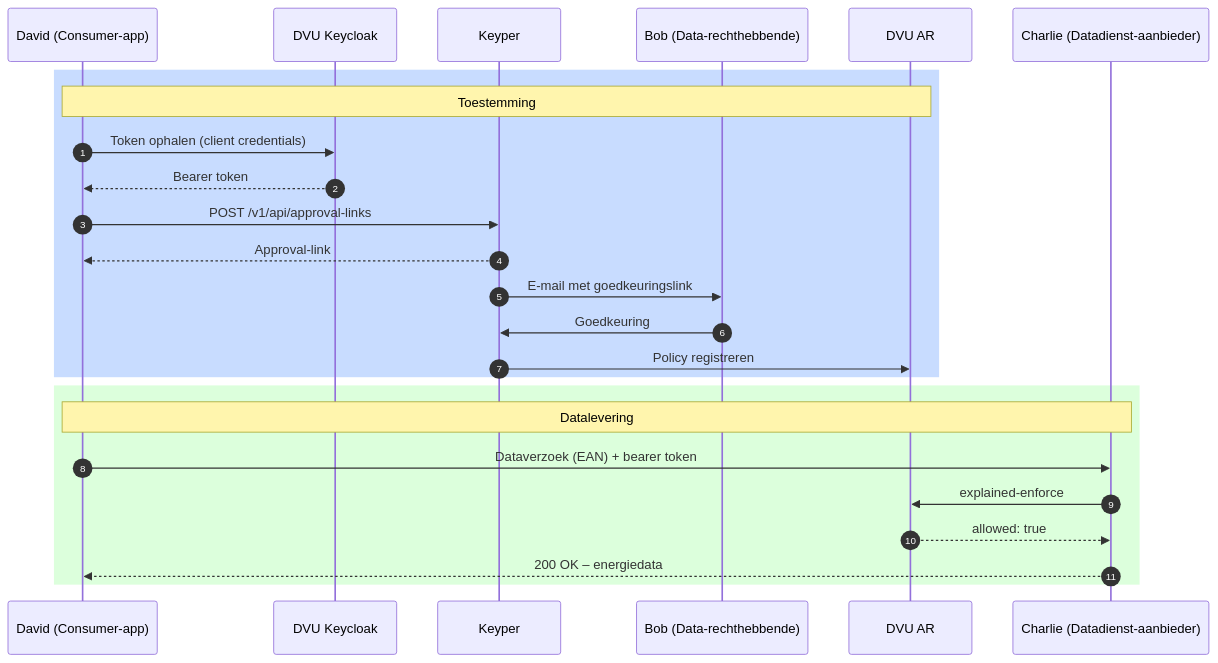
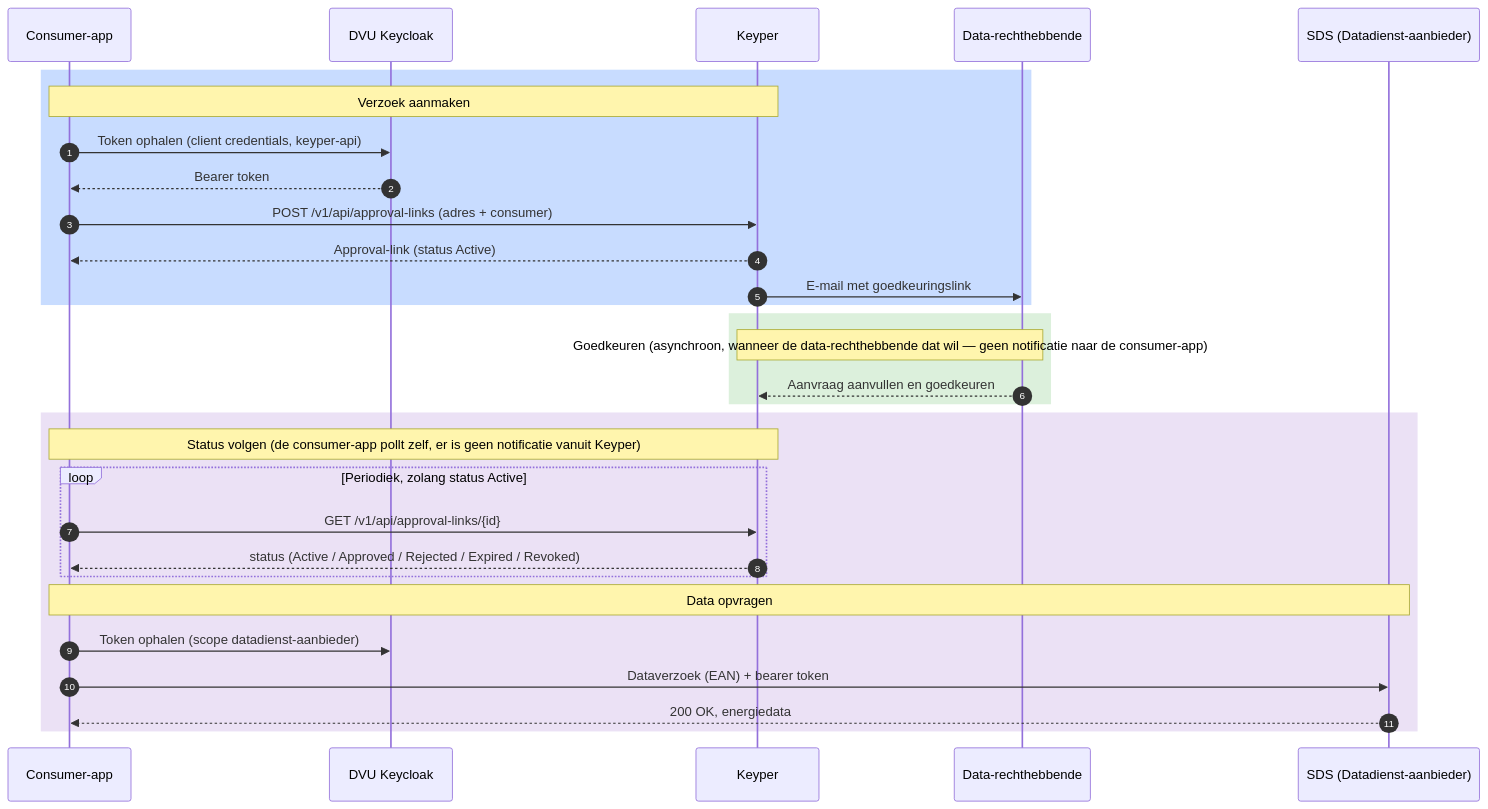
Before and after one commit to POORT8/Poort8.Docs: the diagram in dvu-draft/aansluiten-dataservice-consumer.md, drawn with Mermaid. The commit also changed other lines of this file and 1 other file, not shown here.

Commit message:
Deploy dvu-draft docs: d7ce7d6ef69e8e4bb8d3b7e4c3f5fcaec5e5c60a

````diff
--- a/dvu-draft/aansluiten-dataservice-consumer.md
+++ b/dvu-draft/aansluiten-dataservice-consumer.md
@@ -23,29 +28,35 @@
 ```mermaid
 sequenceDiagram
     autonumber
-    participant App as David (Consumer-app)
+    participant App as Consumer-app
     participant Auth as DVU Keycloak
     participant Keyper as Keyper
-    participant Bob as Bob (Data-rechthebbende)
-    participant DVU as DVU AR
-    participant SDS as Charlie (Datadienst-aanbieder)
+    participant Owner as Data-rechthebbende
+    participant SDS as SDS (Datadienst-aanbieder)
 
     rect rgb(200, 220, 255)
-    note over App,DVU: Toestemming
-    App->>Auth: Token ophalen (client credentials)
-    Auth-->>App: Bearer token
-    App->>Keyper: POST /v1/api/approval-links
-    Keyper-->>App: Approval-link
-    Keyper->>Bob: E-mail met goedkeuringslink
-    Bob->>Keyper: Goedkeuring
-    Keyper->>DVU: Policy registreren
+        note over App,Keyper: Verzoek aanmaken
+        App->>Auth: Token ophalen (client credentials, keyper-api)
+        Auth-->>App: Bearer token
+        App->>Keyper: POST /v1/api/approval-links (adres + consumer)
+        Keyper-->>App: Approval-link (status Active)
+        Keyper->>Owner: E-mail met goedkeuringslink
     end
 
-    rect rgb(220, 255, 220)
-    note over App,SDS: Datalevering
-    App->>SDS: Dataverzoek (EAN) + bearer token
-    SDS->>DVU: explained-enforce
-    DVU-->>SDS: allowed: true
-    SDS-->>App: 200 OK – energiedata
+    rect rgb(220, 240, 220)
+        note over Owner,Keyper: Goedkeuren (asynchroon, wanneer de data-rechthebbende dat wil — geen notificatie naar de consumer-app)
+        Owner-->>Keyper: Aanvraag aanvullen en goedkeuren
+    end
+
+    rect rgb(235, 225, 245)
+        note over App,Keyper: Status volgen (de consumer-app pollt zelf, er is geen notificatie vanuit Keyper)
+        loop Periodiek, zolang status Active
+            App->>Keyper: GET /v1/api/approval-links/{id}
+            Keyper-->>App: status (Active / Approved / Rejected / Expired / Revoked)
+        end
+        note over App,SDS: Data opvragen
+        App->>Auth: Token ophalen (scope datadienst-aanbieder)
+        App->>SDS: Dataverzoek (EAN) + bearer token
+        SDS-->>App: 200 OK, energiedata
     end
 ```
````
